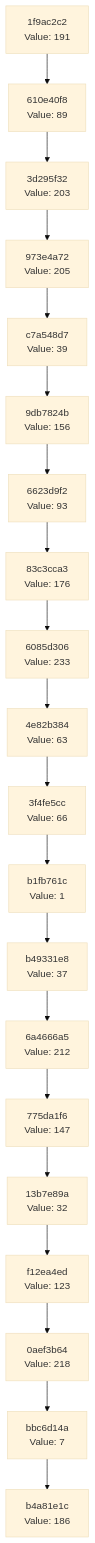
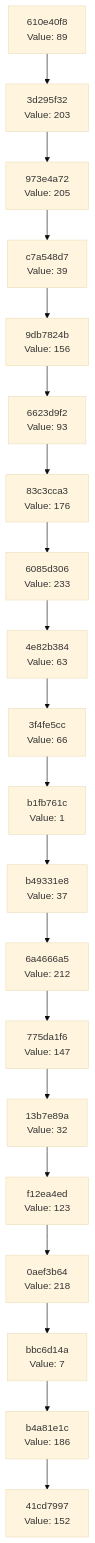
One commit to Abhisheksinha1506/hash-chain-evolver changed the diagram in docs/CHAIN_VISUALIZATION.md. Above: the diagram before and after it, drawn with Mermaid (base theme). The commit also changed 2 other files, not shown here.

Commit message:
Evolution Step

````diff
--- a/docs/CHAIN_VISUALIZATION.md
+++ b/docs/CHAIN_VISUALIZATION.md
@@ -3,42 +3,42 @@
 ```mermaid
 graph TD
-    C0["b4a81e1c<br/>Value: 186"]
-    C1["bbc6d14a<br/>Value: 7"]
+    C0["41cd7997<br/>Value: 152"]
+    C1["b4a81e1c<br/>Value: 186"]
     C1 --> C0
-    C2["0aef3b64<br/>Value: 218"]
+    C2["bbc6d14a<br/>Value: 7"]
     C2 --> C1
-    C3["f12ea4ed<br/>Value: 123"]
+    C3["0aef3b64<br/>Value: 218"]
     C3 --> C2
-    C4["13b7e89a<br/>Value: 32"]
+    C4["f12ea4ed<br/>Value: 123"]
     C4 --> C3
-    C5["775da1f6<br/>Value: 147"]
+    C5["13b7e89a<br/>Value: 32"]
     C5 --> C4
-    C6["6a4666a5<br/>Value: 212"]
+    C6["775da1f6<br/>Value: 147"]
     C6 --> C5
-    C7["b49331e8<br/>Value: 37"]
+    C7["6a4666a5<br/>Value: 212"]
     C7 --> C6
-    C8["b1fb761c<br/>Value: 1"]
+    C8["b49331e8<br/>Value: 37"]
     C8 --> C7
-    C9["3f4fe5cc<br/>Value: 66"]
+    C9["b1fb761c<br/>Value: 1"]
     C9 --> C8
-    C10["4e82b384<br/>Value: 63"]
+    C10["3f4fe5cc<br/>Value: 66"]
     C10 --> C9
-    C11["6085d306<br/>Value: 233"]
+    C11["4e82b384<br/>Value: 63"]
     C11 --> C10
-    C12["83c3cca3<br/>Value: 176"]
+    C12["6085d306<br/>Value: 233"]
     C12 --> C11
-    C13["6623d9f2<br/>Value: 93"]
+    C13["83c3cca3<br/>Value: 176"]
     C13 --> C12
-    C14["9db7824b<br/>Value: 156"]
+    C14["6623d9f2<br/>Value: 93"]
     C14 --> C13
-    C15["c7a548d7<br/>Value: 39"]
+    C15["9db7824b<br/>Value: 156"]
     C15 --> C14
-    C16["973e4a72<br/>Value: 205"]
+    C16["c7a548d7<br/>Value: 39"]
     C16 --> C15
-    C17["3d295f32<br/>Value: 203"]
+    C17["973e4a72<br/>Value: 205"]
     C17 --> C16
-    C18["610e40f8<br/>Value: 89"]
+    C18["3d295f32<br/>Value: 203"]
     C18 --> C17
-    C19["1f9ac2c2<br/>Value: 191"]
+    C19["610e40f8<br/>Value: 89"]
     C19 --> C18
 ```
````
